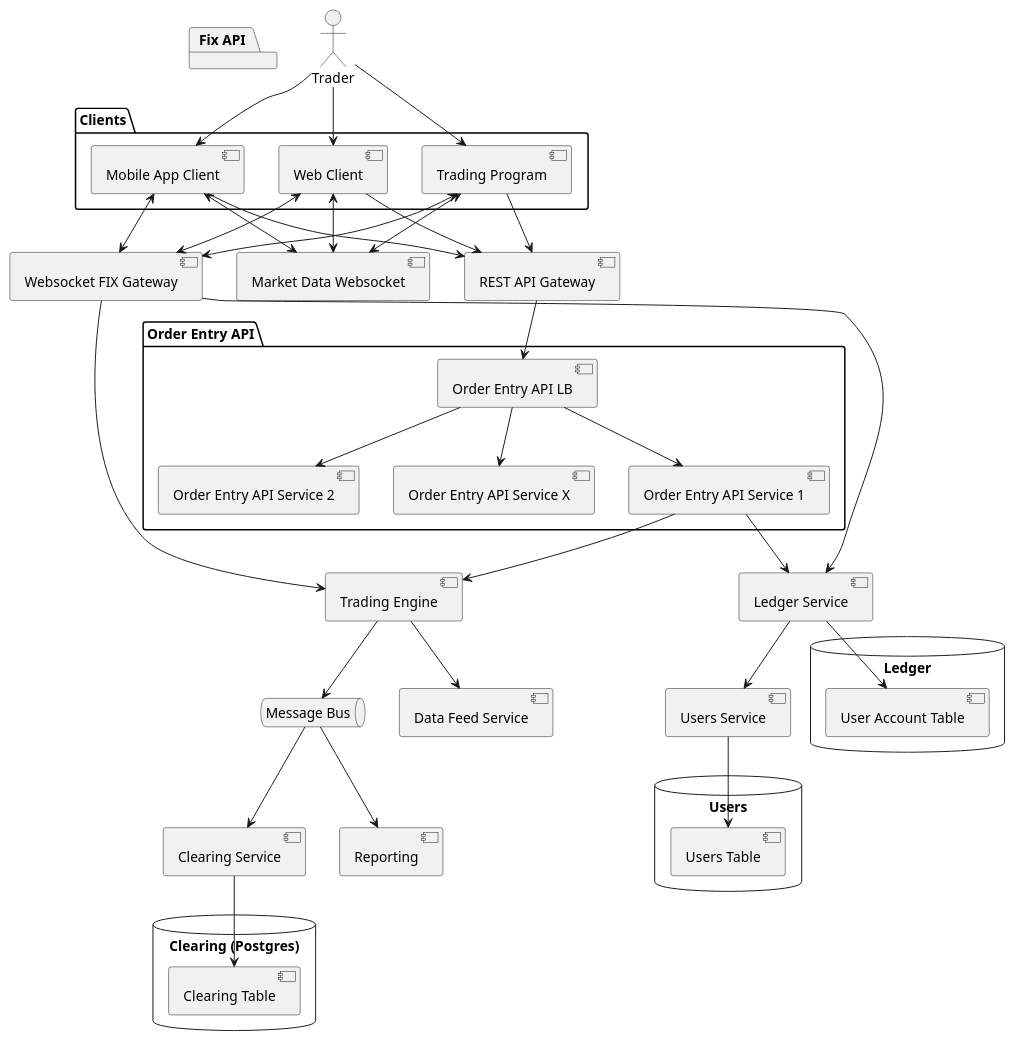
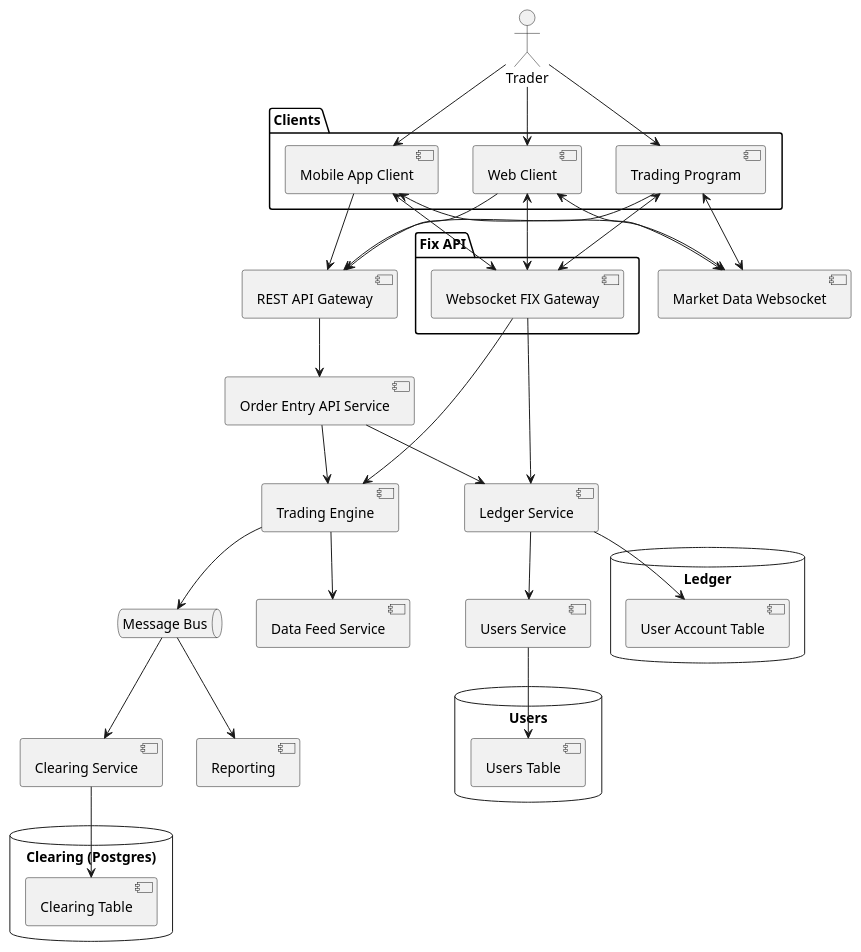
The diagram in stock_exchange/docs/diagrams/src/high_level_system.plantuml (shanebrewer/system_design_questions), drawn with PlantUML before and after one commit. The commit also changed 11 other files, not shown here.

Commit message:
Added Whole Foods Market diagrams

```diff
--- a/stock_exchange/docs/diagrams/src/high_level_system.plantuml
+++ b/stock_exchange/docs/diagrams/src/high_level_system.plantuml
@@ -1,61 +1,57 @@
 @startuml Exchange System Design Architecture
 actor Trader
 top to bottom direction
 
 package "Clients" {
     Trader --> [Web Client]
     Trader --> [Mobile App Client]
     Trader --> [Trading Program]
 }
 
 [Web Client] --> [REST API Gateway]
 [Mobile App Client] --> [REST API Gateway]
 [Trading Program] --> [REST API Gateway]
 
-[Trading Program] <--> [Websocket FIX Gateway]
+
 
 [Web Client] <--> [Market Data Websocket]
 [Mobile App Client] <--> [Market Data Websocket]
 [Trading Program] <--> [Market Data Websocket]
 
 package "Fix API" {
     [Web Client] <--> [Websocket FIX Gateway]
     [Mobile App Client] <--> [Websocket FIX Gateway]
+    [Trading Program] <--> [Websocket FIX Gateway]
 }
 
-package "Order Entry API" {
-    [REST API Gateway] --> [Order Entry API LB]
-    [Order Entry API LB] --> [Order Entry API Service 1]
-    [Order Entry API LB] --> [Order Entry API Service 2]
-    [Order Entry API LB] --> [Order Entry API Service X]
-}
+[REST API Gateway] --> [Order Entry API Service]
 
-[Order Entry API Service 1] --> [Ledger Service]
-[Order Entry API Service 1] --> [Trading Engine]
+[Order Entry API Service] --> [Ledger Service]
+[Order Entry API Service] --> [Trading Engine]
 
 [Websocket FIX Gateway] --> [Ledger Service]
 [Websocket FIX Gateway] --> [Trading Engine]
 
 database "Ledger" {
     [Ledger Service] --> [User Account Table]
 }
 
 [Ledger Service] --> [Users Service]
 
 database "Users" {
     [Users Service] --> [Users Table]
 }
 
 queue "Message Bus"
 
 [Trading Engine] --> [Message Bus]
 [Trading Engine] --> [Data Feed Service]
 
 [Message Bus] --> [Reporting]
 [Message Bus] --> [Clearing Service]
 
 database "Clearing (Postgres)" {
     [Clearing Service] --> [Clearing Table]
 }
 
 @enduml
```
